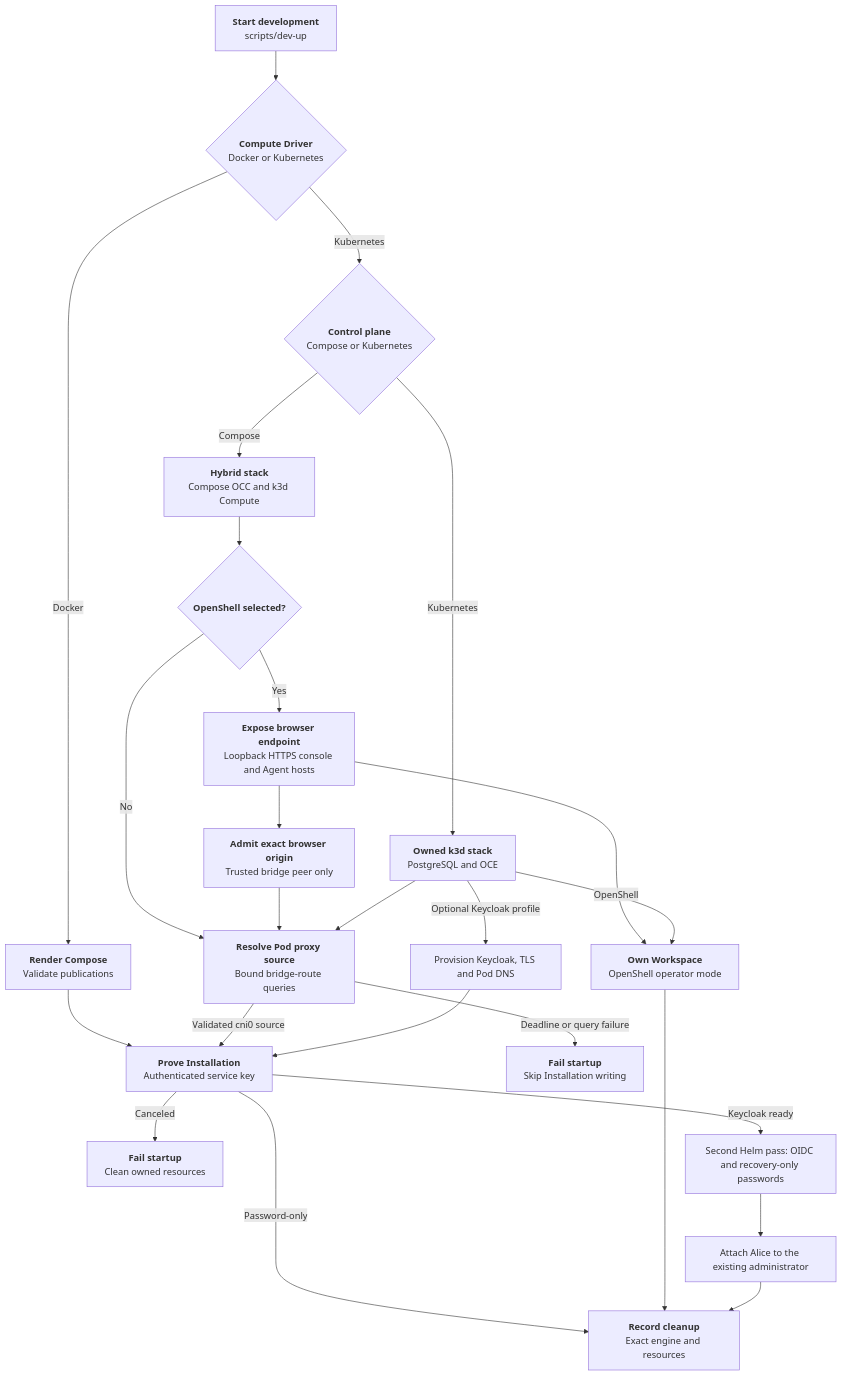
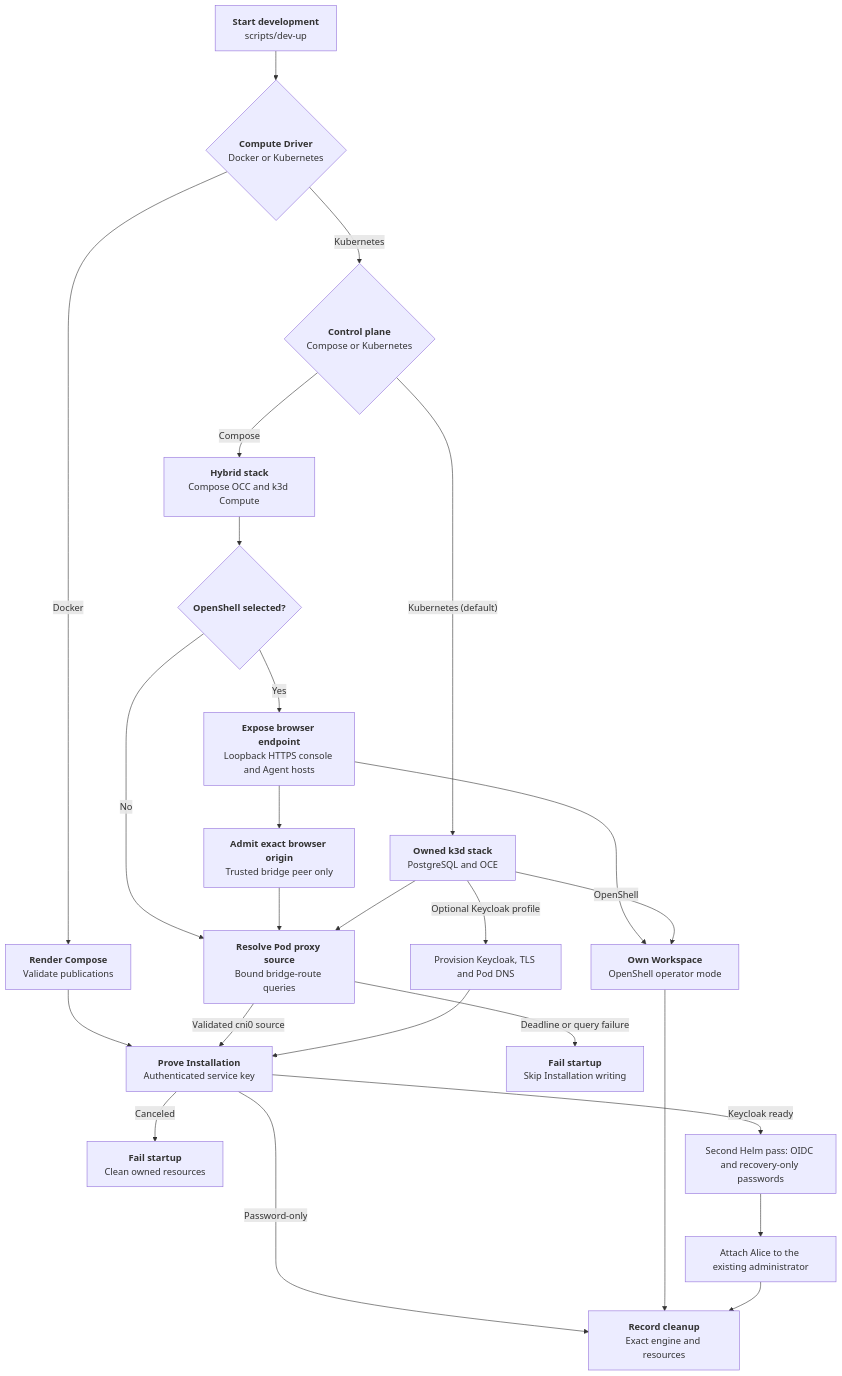
The diagram in docs/flows/docker-compose-development/startup.md (openclaw/openclaw-enterprise), drawn with Mermaid before and after one commit. The commit also changed other lines of this file and 25 other files, not shown here.

First line of the commit message:
feat(occdev): default occ dev up to the Kubernetes-only profile (#898)

````diff
--- a/docs/flows/docker-compose-development/startup.md
+++ b/docs/flows/docker-compose-development/startup.md
@@ -28,27 +29,27 @@
 ```mermaid
 graph TD
   A["<b>Start development</b><br/>scripts/dev-up"] --> B{"<b>Compute Driver</b><br/>Docker or Kubernetes"}
   B -- "Docker" --> C["<b>Render Compose</b><br/>Validate publications"]
   B -- "Kubernetes" --> D{"<b>Control plane</b><br/>Compose or Kubernetes"}
-  D -- "Kubernetes" --> E["<b>Owned k3d stack</b><br/>PostgreSQL and OCE"]
+  D -- "Kubernetes (default)" --> E["<b>Owned k3d stack</b><br/>PostgreSQL and OCE"]
   D -- "Compose" --> F["<b>Hybrid stack</b><br/>Compose OCC and k3d Compute"]
   C --> G["<b>Prove Installation</b><br/>Authenticated service key"]
   F --> F2{"<b>OpenShell selected?</b>"}
   F2 -- "No" --> R["<b>Resolve Pod proxy source</b><br/>Bound bridge-route queries"]
   F2 -- "Yes" --> F3["<b>Expose browser endpoint</b><br/>Loopback HTTPS console and Agent hosts"]
   F3 --> F4["<b>Admit exact browser origin</b><br/>Trusted bridge peer only"]
   F4 --> R
   F3 --> H["<b>Own Workspace</b><br/>OpenShell operator mode"]
   E --> R
   R -- "Validated cni0 source" --> G
   R -- "Deadline or query failure" --> X["<b>Fail startup</b><br/>Skip Installation writing"]
   E -- "OpenShell" --> H
   G -- "Password-only" --> I["<b>Record cleanup</b><br/>Exact engine and resources"]
   G -- "Canceled" --> J["<b>Fail startup</b><br/>Clean owned resources"]
   H --> I
   E -- "Optional Keycloak profile" --> K["Provision Keycloak, TLS and Pod DNS"]
   K --> G
   G -- "Keycloak ready" --> L["Second Helm pass: OIDC and recovery-only passwords"]
   L --> M["Attach Alice to the existing administrator"]
   M --> I
 ```
````
